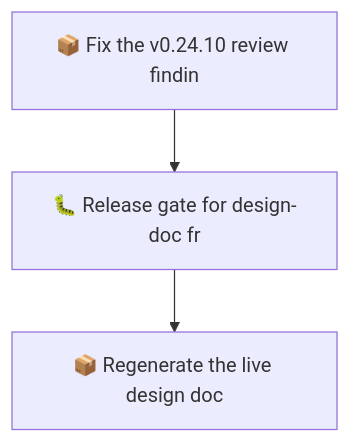
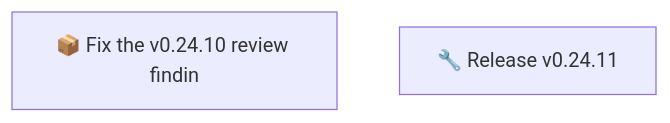
Before and after one commit to SpillwaveSolutions/wiki_ticket_sdd: the second of 2 diagrams in docs/roadmap.md, drawn with Mermaid. The commit also changed other lines of this file and 10 other files, not shown here.

Commit message:
chore(changelog): open the 0.24.12 section above the stamped 0.24.11 (01M2XCWMVEH3XFP2VPS9JBD6XN)

````diff
--- a/docs/roadmap.md
+++ b/docs/roadmap.md
@@ -54,8 +55,5 @@
 ```mermaid
 graph TD
     01M2XCWMV0QYM4ZRBWN1V1327B["📦 Fix the v0.24.10 review findin"]
-    01M2XCWMVEH3XFP2VPS9JBD6XQ["🐛 Release gate for design-doc fr"]
-    01M2XCWMVEH3XFP2VPS9JBD6XS["📦 Regenerate the live design doc"]
-    01M2XCWMV0QYM4ZRBWN1V1327B --> 01M2XCWMVEH3XFP2VPS9JBD6XQ
-    01M2XCWMVEH3XFP2VPS9JBD6XQ --> 01M2XCWMVEH3XFP2VPS9JBD6XS
+    01M2XJARKTEH7VG74N3M0ZG66S["🔧 Release v0.24.11"]
 ```
````
